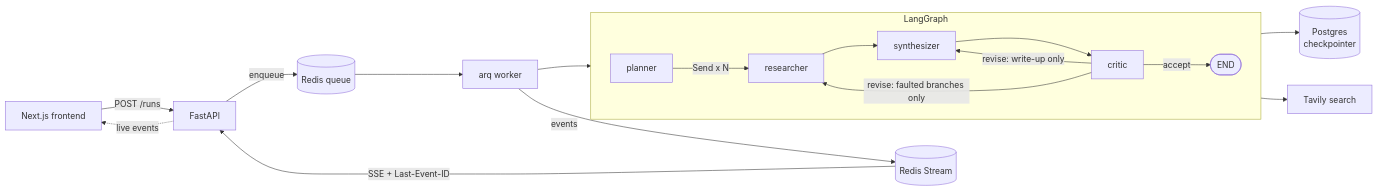
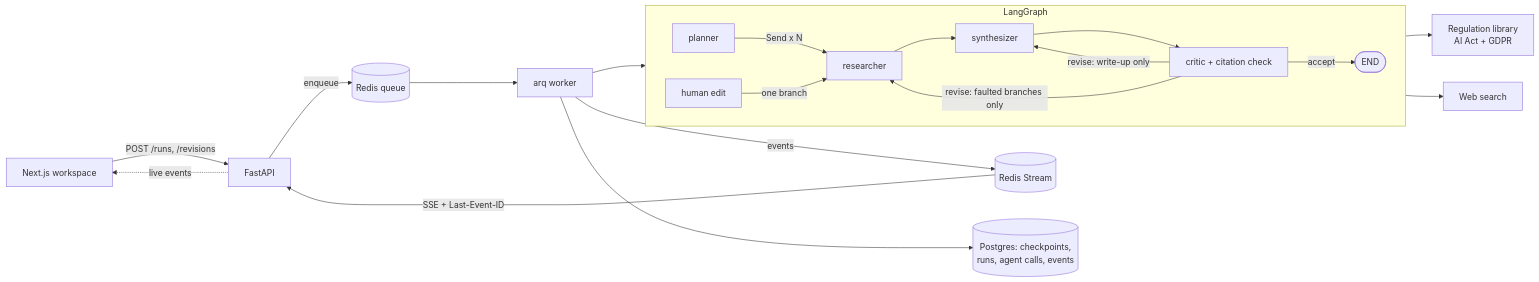
The diagram in README.md (ARMAND-cod-eng/Atlas), drawn with Mermaid before and after one commit. The commit also changed other lines of this file, not shown here.

````diff
--- a/README.md
+++ b/README.md
@@ -33,27 +109,29 @@
 ```mermaid
 graph LR
-    UI[Next.js frontend]
+    UI[Next.js workspace]
     API[FastAPI]
     Worker[arq worker]
 
-    UI -->|POST /runs| API
+    UI -->|POST /runs, /revisions| API
     API -->|enqueue| Queue[(Redis queue)]
     Queue --> Worker
     Worker -->|events| Stream[(Redis Stream)]
     Stream -->|SSE + Last-Event-ID| API
     API -.->|live events| UI
 
     Worker --> Graph
-    Graph --> PG[(Postgres<br/>checkpointer)]
-    Graph --> Tavily[Tavily search]
+    Worker --> Store[(Postgres: checkpoints,<br/>runs, agent calls, events)]
+    Graph --> Library[Regulation library<br/>AI Act + GDPR]
+    Graph --> Web[Web search]
 
     subgraph Graph[LangGraph]
         direction LR
         P[planner] -->|Send x N| R[researcher]
+        H[human edit] -->|one branch| R
         R --> S[synthesizer]
-        S --> C[critic]
+        S --> C[critic + citation check]
         C -->|accept| E([END])
         C -->|revise: faulted branches only| R
         C -->|revise: write-up only| S
     end
 ```
````
